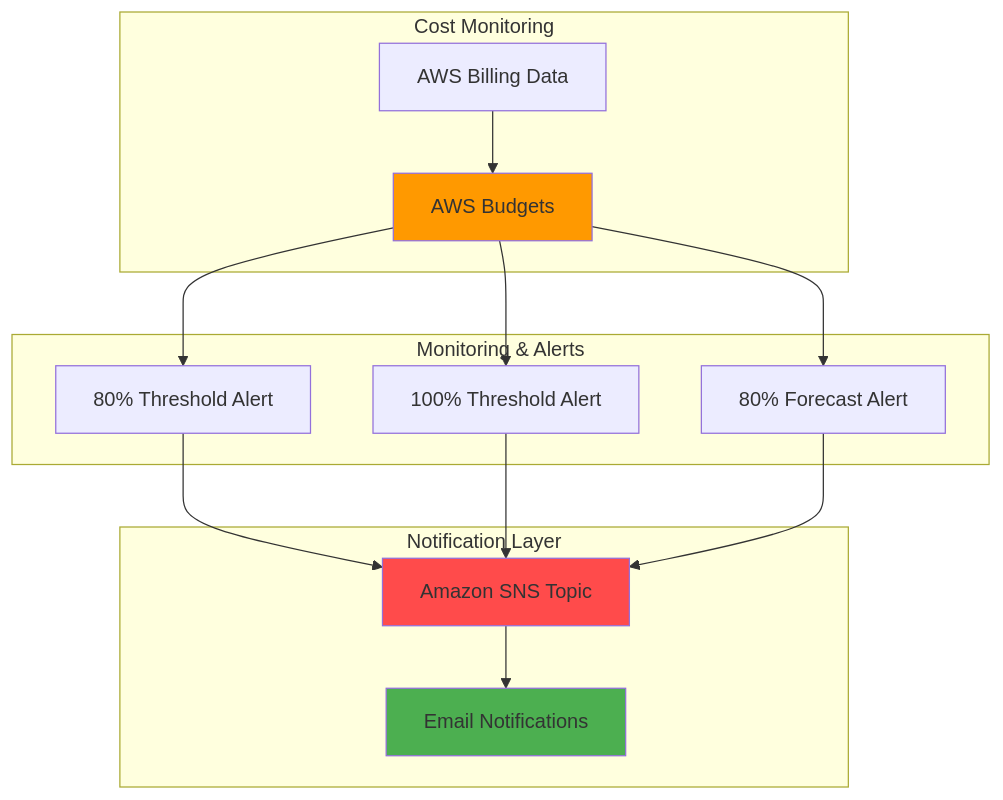
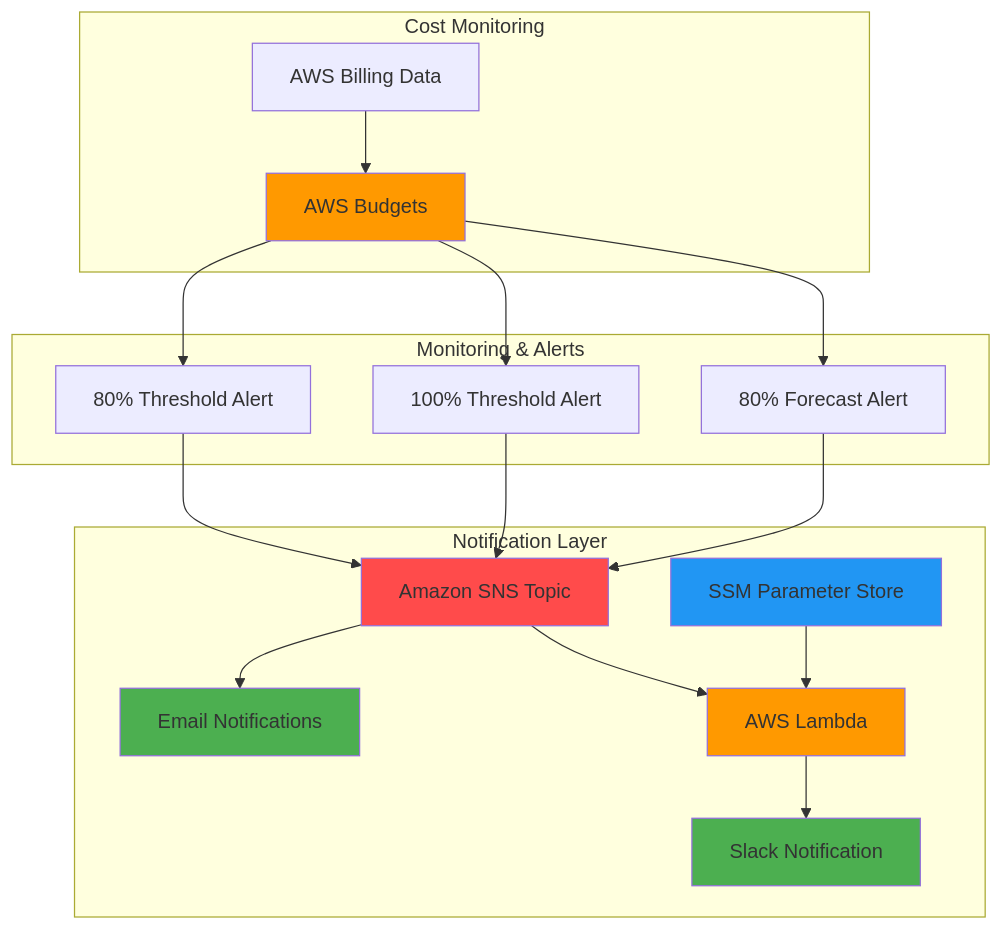
One commit to taek18/AWS-budget-monitoring changed the diagram in README.md. Above: the diagram before and after it, drawn with Mermaid. The commit also changed other lines of this file, not shown here.

````diff
--- a/README.md
+++ b/README.md
@@ -9,31 +9,40 @@
 ```mermaid
 graph TB
     subgraph "Cost Monitoring"
         BILLING[AWS Billing Data]
         BUDGET[AWS Budgets]
     end
+
+      subgraph "Monitoring & Alerts"
+        THRESHOLD1[80% Threshold Alert]
+        THRESHOLD2[100% Threshold Alert]
+        THRESHOLD3[80% Forecast Alert]
+    end
     
     subgraph "Notification Layer"
         SNS[Amazon SNS Topic]
         EMAIL[Email Notifications]
-    end
-    
-    subgraph "Monitoring & Alerts"
-        THRESHOLD1[80% Threshold Alert]
-        THRESHOLD2[100% Threshold Alert]
-        THRESHOLD3[80% Forecast Alert]
+        LAMBDA[AWS Lambda]
+        SSM[SSM Parameter Store]
+        SLACK[Slack Notification]
     end
     
     BILLING-->BUDGET
     BUDGET-->THRESHOLD1
     BUDGET-->THRESHOLD2
     BUDGET-->THRESHOLD3
     THRESHOLD1-->SNS
     THRESHOLD2-->SNS
     THRESHOLD3-->SNS
     SNS-->EMAIL
+    SNS-->LAMBDA
+    SSM-->LAMBDA
+    LAMBDA-->SLACK
     
     style BUDGET fill:#FF9900
     style SNS fill:#FF4B4B
+    style LAMBDA fill:#FF9900
+    style SSM fill:#2196F3
     style EMAIL fill:#4CAF50
+    style SLACK fill:#4CAF50
 ```
````
